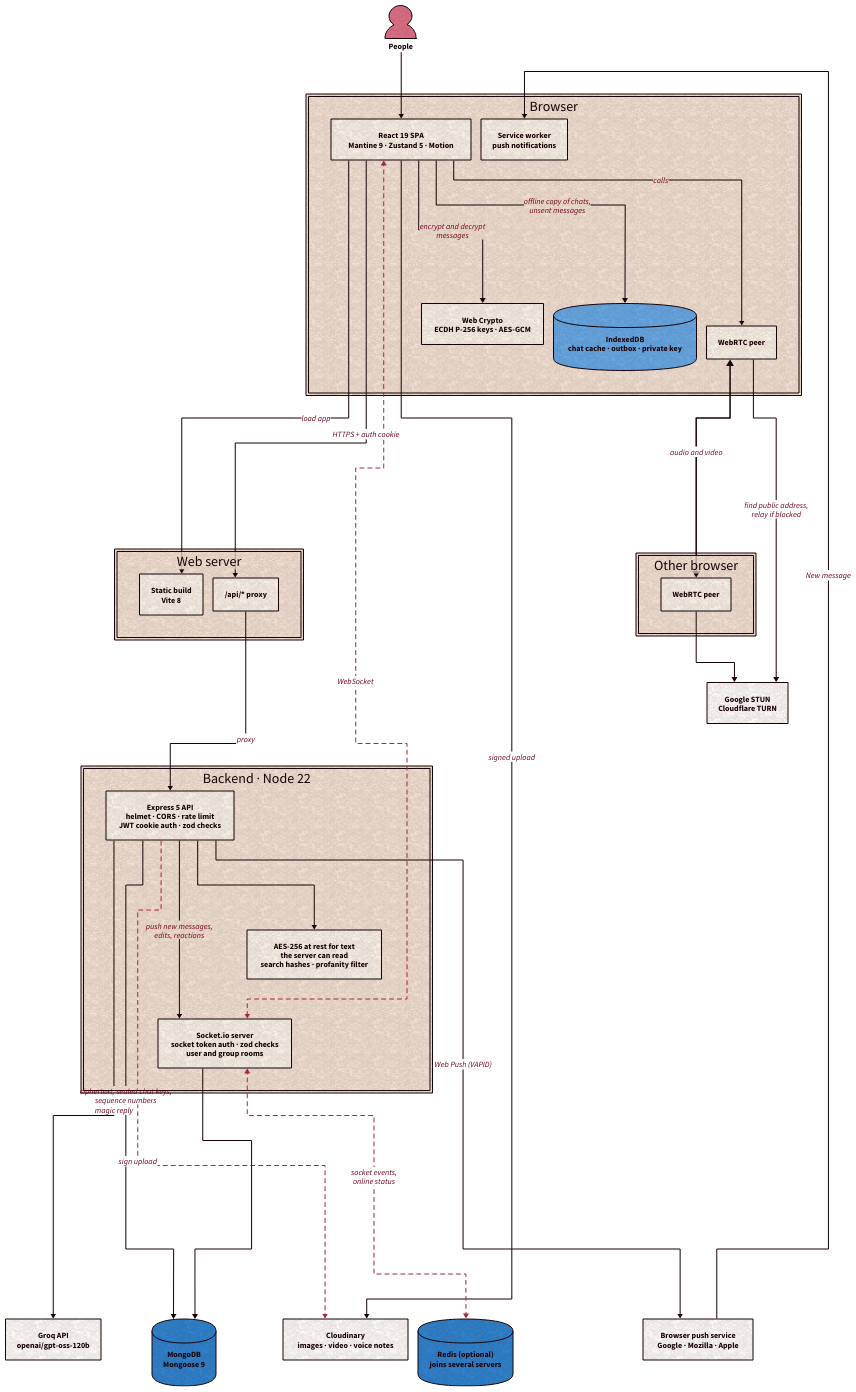
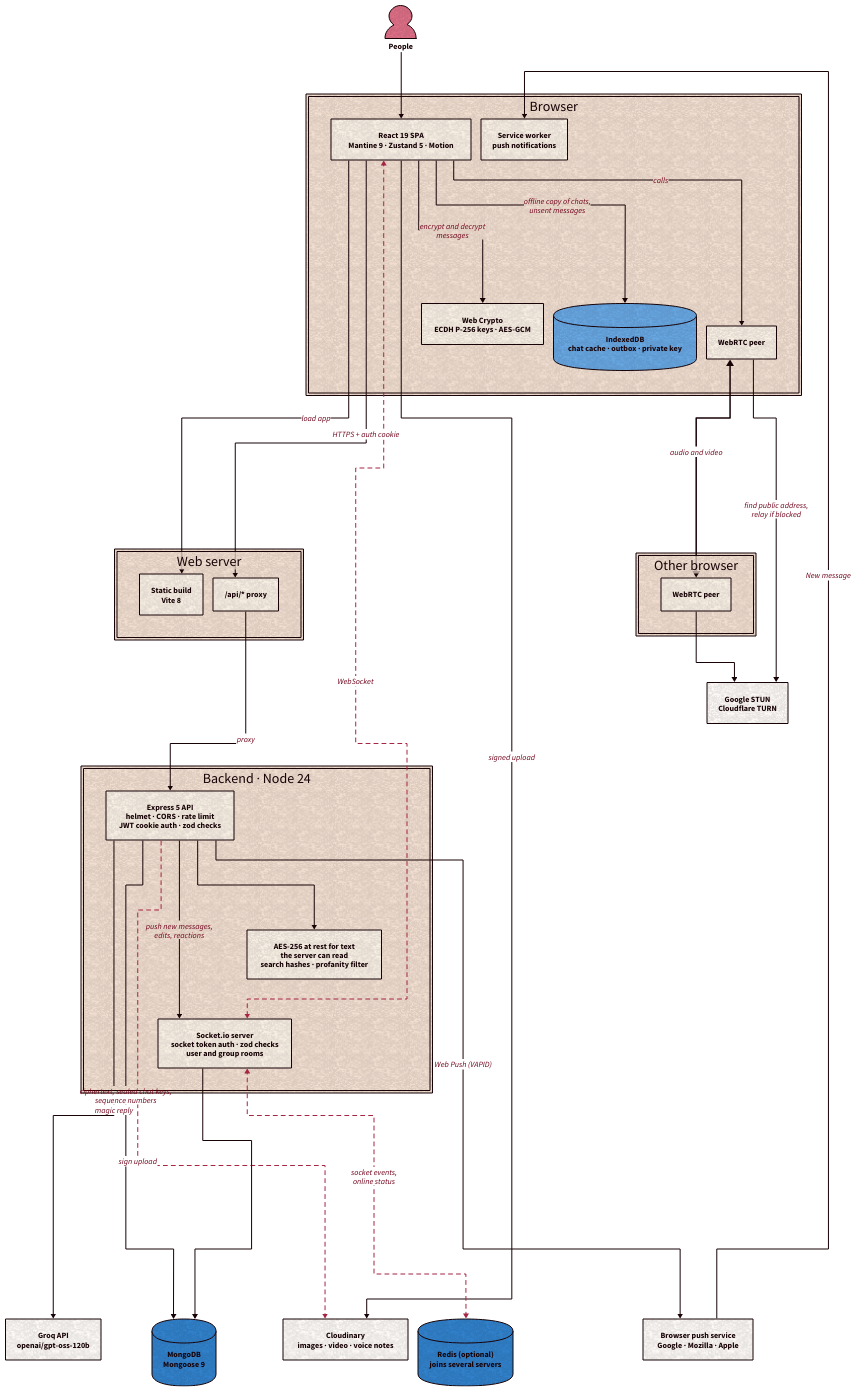
The diagram in docs/architecture.d2 (Sarcastic-Soul/ChatApp), drawn with D2 before and after one commit. The commit also changed 62 other files, not shown here.

```diff
--- a/docs/architecture.d2
+++ b/docs/architecture.d2
@@ -1,84 +1,84 @@
 # ChatApp architecture. Render with:
 #   d2 docs/architecture.d2 docs/architecture.svg
 vars: {
   d2-config: {
     theme-id: 302
     layout-engine: elk
     pad: 40
   }
 }
 
 direction: down
 
 users: People {
   shape: person
 }
 
 browser: Browser {
   spa: "React 19 SPA\nMantine 9 · Zustand 5 · Motion"
   e2ee: "Web Crypto\nECDH P-256 keys · AES-GCM"
   cache: "IndexedDB\nchat cache · outbox · private key" {shape: cylinder}
   sw: "Service worker\npush notifications"
   rtc: WebRTC peer
   spa -> e2ee: "encrypt and decrypt\nmessages"
   spa -> cache: "offline copy of chats,\nunsent messages"
   spa -> rtc: calls
 }
 
 peer: Other browser {
   rtc: WebRTC peer
 }
 
 stun: "Google STUN\nCloudflare TURN"
 
 push: "Browser push service\nGoogle · Mozilla · Apple"
 
 web: Web server {
   static: "Static build\nVite 8"
   rewrite: "/api/* proxy"
 }
 
-server: Backend · Node 22 {
+server: Backend · Node 24 {
   api: "Express 5 API\nhelmet · CORS · rate limit\nJWT cookie auth · zod checks"
   io: "Socket.io server\nsocket token auth · zod checks\nuser and group rooms"
   crypto: "AES-256 at rest for text\nthe server can read\nsearch hashes · profanity filter"
   api -> crypto
   api -> io: "push new messages,\nedits, reactions"
 }
 
 redis: "Redis (optional)\njoins several servers" {
   shape: cylinder
 }
 
 mongo: "MongoDB\nMongoose 9" {
   shape: cylinder
 }
 
 cloudinary: "Cloudinary\nimages · video · voice notes"
 
 groq: "Groq API\nopenai/gpt-oss-120b"
 
 users -> browser.spa
 browser.spa -> web.static: load app
 browser.spa -> web.rewrite: "HTTPS + auth cookie"
 web.rewrite -> server.api: proxy
 browser.spa <-> server.io: WebSocket {
   style.stroke-dash: 4
 }
 browser.spa -> cloudinary: signed upload
 server.api -> cloudinary: sign upload {
   style.stroke-dash: 4
 }
 server.api -> mongo: "ciphertext, sealed chat keys,\nsequence numbers"
 server.io -> mongo
 server.api -> groq: magic reply
 browser.rtc <-> peer.rtc: audio and video {
   style.stroke-width: 3
 }
 browser.rtc -> stun: "find public address,\nrelay if blocked"
 peer.rtc -> stun
 server.api -> push: Web Push (VAPID)
 push -> browser.sw: "New message"
 server.io <-> redis: "socket events,\nonline status" {
   style.stroke-dash: 4
 }
```
